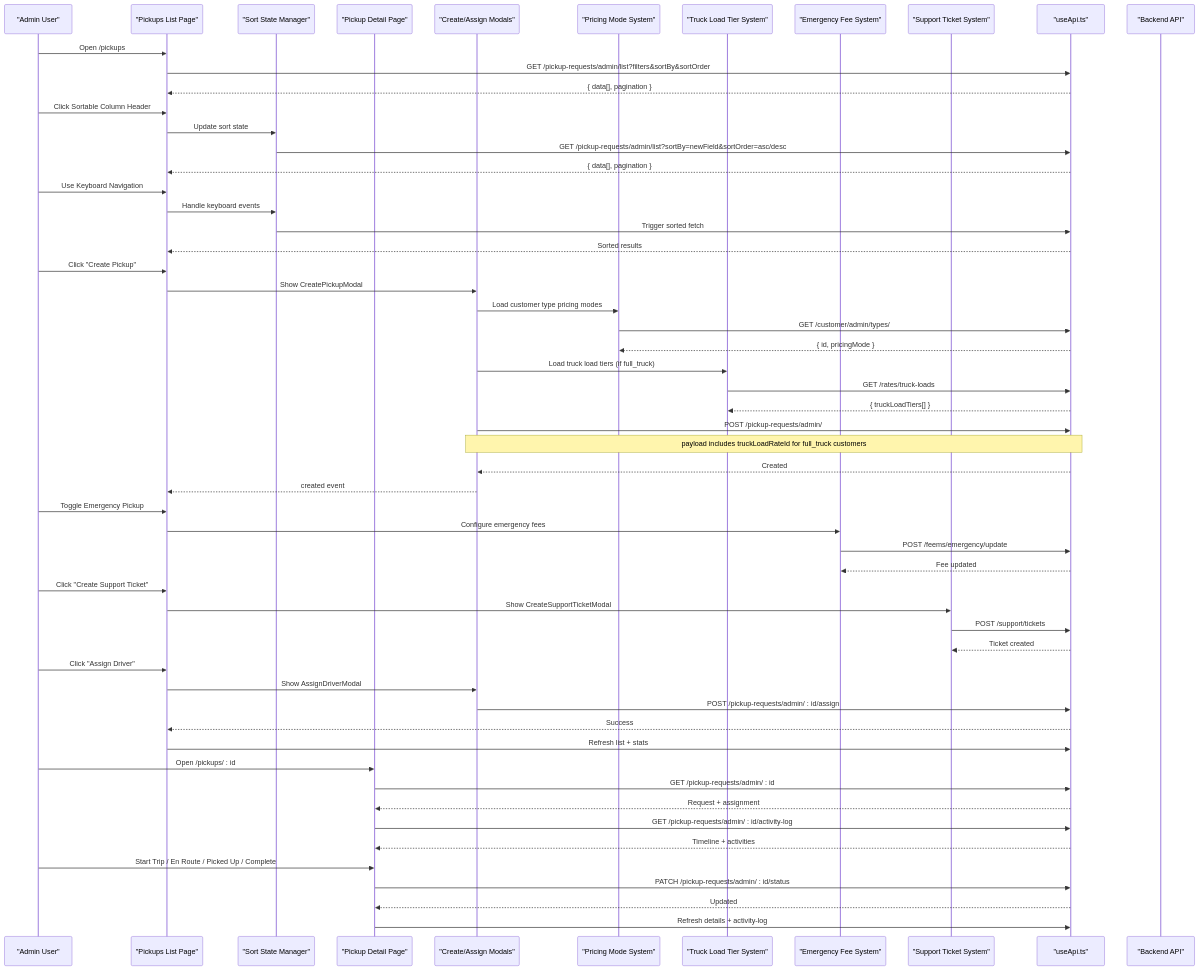
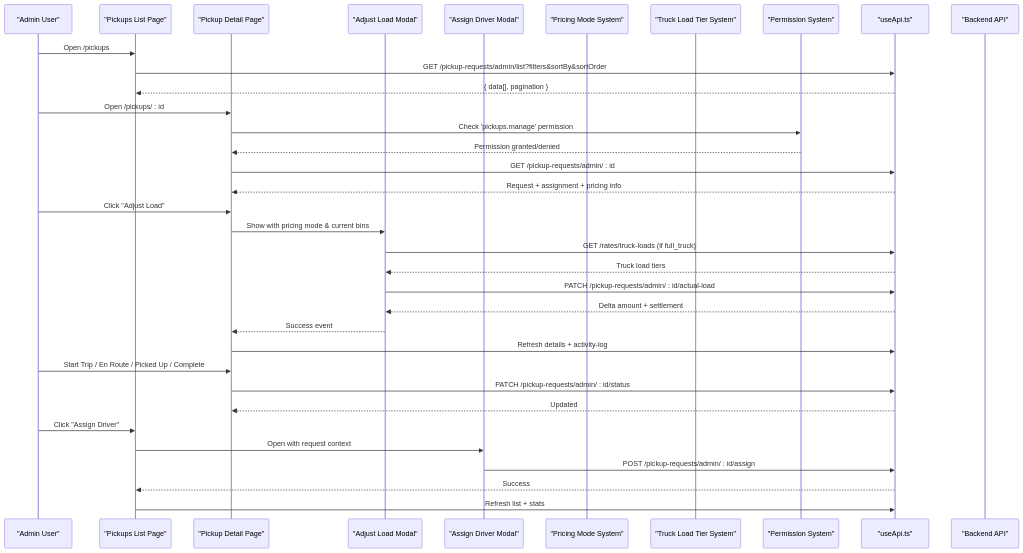
One commit to Lazynerd-Studios/lacarte-atlas-console changed the second of 13 diagrams in .qoder/repowiki/en/content/Business Modules/Pickup Operations.md. Above: the diagram before and after it, drawn with Mermaid. The commit also changed other lines of this file and 7 other files, not shown here.

````diff
--- a/.qoder/repowiki/en/content/Business Modules/Pickup Operations.md
+++ b/.qoder/repowiki/en/content/Business Modules/Pickup Operations.md
@@ -183,59 +195,37 @@
 ```mermaid
 sequenceDiagram
 participant Admin as "Admin User"
 participant List as "Pickups List Page"
-participant SortManager as "Sort State Manager"
 participant Detail as "Pickup Detail Page"
-participant Modal as "Create/Assign Modals"
+participant AdjustModal as "Adjust Load Modal"
+participant AssignModal as "Assign Driver Modal"
 participant PricingMode as "Pricing Mode System"
 participant TruckTier as "Truck Load Tier System"
-participant EmergencyFee as "Emergency Fee System"
-participant Support as "Support Ticket System"
+participant Permissions as "Permission System"
 participant API as "useApi.ts"
 participant Backend as "Backend API"
 Admin->>List : Open /pickups
 List->>API : GET /pickup-requests/admin/list?filters&sortBy&sortOrder
 API-->>List : { data[], pagination }
-Admin->>List : Click Sortable Column Header
-List->>SortManager : Update sort state
-SortManager->>API : GET /pickup-requests/admin/list?sortBy=newField&sortOrder=asc/desc
-API-->>List : { data[], pagination }
-Admin->>List : Use Keyboard Navigation
-List->>SortManager : Handle keyboard events
-SortManager->>API : Trigger sorted fetch
-API-->>List : Sorted results
-Admin->>List : Click "Create Pickup"
-List->>Modal : Show CreatePickupModal
-Modal->>PricingMode : Load customer type pricing modes
-PricingMode->>API : GET /customer/admin/types/
-API-->>PricingMode : { id, pricingMode }
-Modal->>TruckTier : Load truck load tiers (if full_truck)
-TruckTier->>API : GET /rates/truck-loads
-API-->>TruckTier : { truckLoadTiers[] }
-Modal->>API : POST /pickup-requests/admin/
-Note over Modal,API : payload includes truckLoadRateId for full_truck customers
-API-->>Modal : Created
-Modal-->>List : created event
-Admin->>List : Toggle Emergency Pickup
-List->>EmergencyFee : Configure emergency fees
-EmergencyFee->>API : POST /feems/emergency/update
-API-->>EmergencyFee : Fee updated
-Admin->>List : Click "Create Support Ticket"
-List->>Support : Show CreateSupportTicketModal
-Support->>API : POST /support/tickets
-API-->>Support : Ticket created
-Admin->>List : Click "Assign Driver"
-List->>Modal : Show AssignDriverModal
-Modal->>API : POST /pickup-requests/admin/ : id/assign
-API-->>List : Success
-List->>API : Refresh list + stats
 Admin->>Detail : Open /pickups/ : id
+Detail->>Permissions : Check 'pickups.manage' permission
+Permissions-->>Detail : Permission granted/denied
 Detail->>API : GET /pickup-requests/admin/ : id
-API-->>Detail : Request + assignment
-Detail->>API : GET /pickup-requests/admin/ : id/activity-log
-API-->>Detail : Timeline + activities
+API-->>Detail : Request + assignment + pricing info
+Admin->>Detail : Click "Adjust Load"
+Detail->>AdjustModal : Show with pricing mode & current bins
+AdjustModal->>API : GET /rates/truck-loads (if full_truck)
+API-->>AdjustModal : Truck load tiers
+AdjustModal->>API : PATCH /pickup-requests/admin/ : id/actual-load
+API-->>AdjustModal : Delta amount + settlement
+AdjustModal-->>Detail : Success event
+Detail->>API : Refresh details + activity-log
 Admin->>Detail : Start Trip / En Route / Picked Up / Complete
 Detail->>API : PATCH /pickup-requests/admin/ : id/status
 API-->>Detail : Updated
-Detail->>API : Refresh details + activity-log
+Admin->>List : Click "Assign Driver"
+List->>AssignModal : Open with request context
+AssignModal->>API : POST /pickup-requests/admin/ : id/assign
+API-->>List : Success
+List->>API : Refresh list + stats
 ```
````
